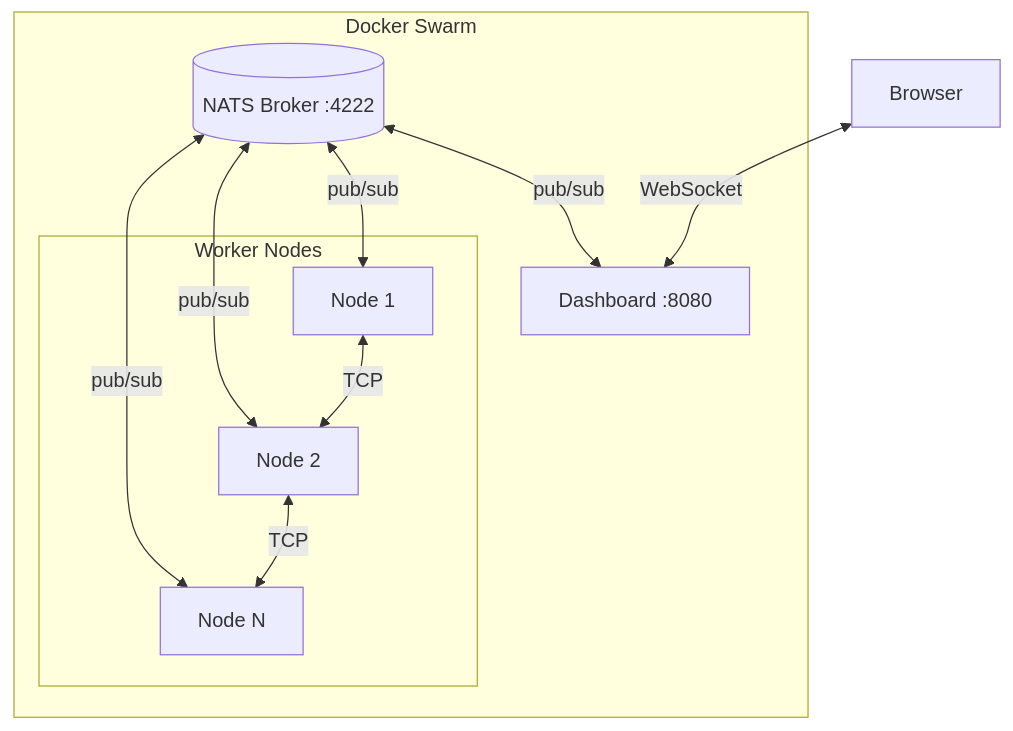
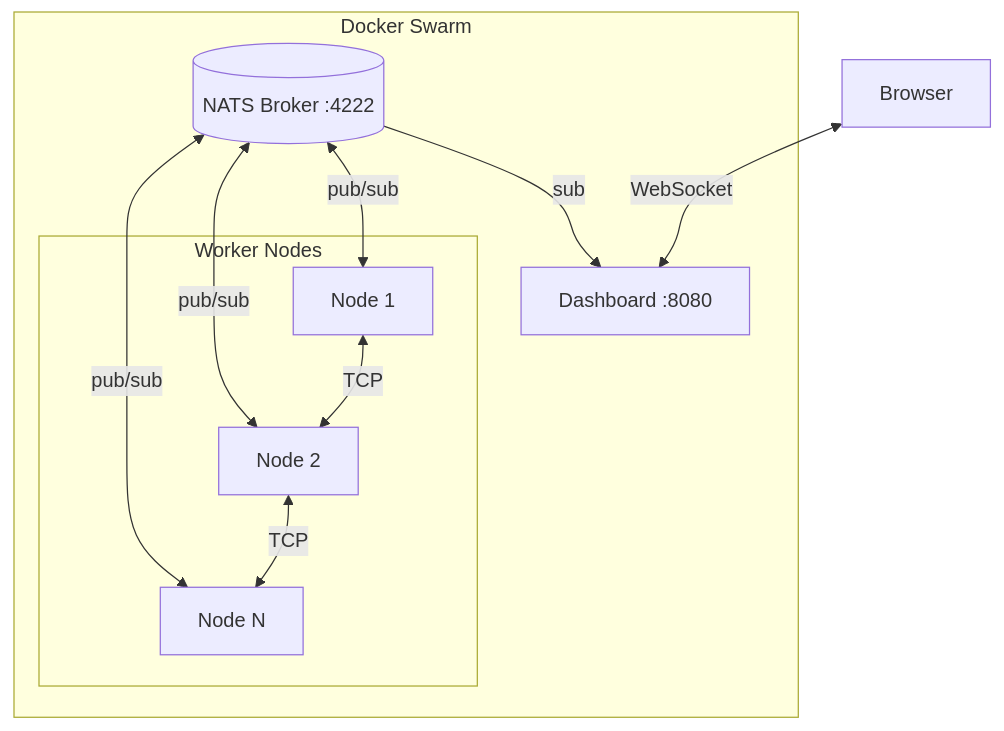
One commit to nyrfinyr/raymond-distributed-ai changed the first of 3 diagrams in raymond-slides/slides.md. Above: the diagram before and after it, drawn with Mermaid. The commit also changed other lines of this file and 1 other file, not shown here.

````diff
--- a/raymond-slides/slides.md
+++ b/raymond-slides/slides.md
@@ -114,23 +109,23 @@
 ```mermaid {scale: 0.75}
 flowchart TB
     subgraph SWARM["Docker Swarm"]
         NATS[("NATS Broker :4222")]
         DASH["Dashboard :8080"]
 
         subgraph NODES["Worker Nodes"]
             N1["Node 1"]
             N2["Node 2"]
             N3["Node N"]
         end
 
-        NATS <-->|pub/sub| DASH
+        NATS -->|sub| DASH
         NATS <-->|pub/sub| N1
         NATS <-->|pub/sub| N2
         NATS <-->|pub/sub| N3
 
         N1 <-->|TCP| N2
         N2 <-->|TCP| N3
     end
 
     CLIENT["Browser"] <-->|WebSocket| DASH
 ```
````
